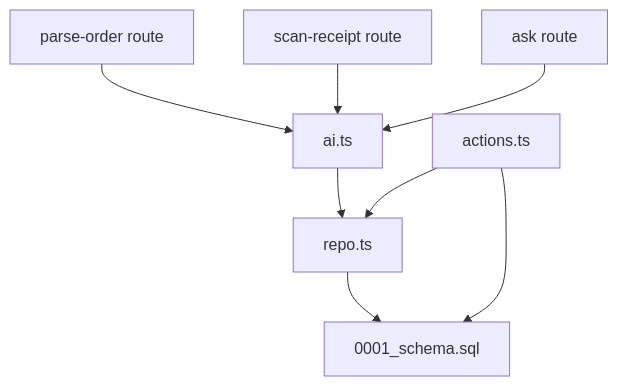
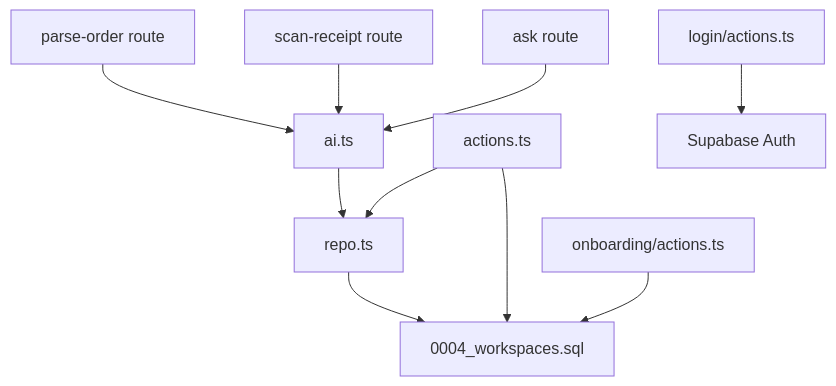
The eighth of 8 diagrams in .qoder/repowiki/en/content/API Reference/API Reference.md (aarz24/Laris_HackathonGTNIC2026), drawn with Mermaid before and after one commit. The commit also changed other lines of this file and 58 other files, not shown here.

````diff
--- a/.qoder/repowiki/en/content/API Reference/API Reference.md
+++ b/.qoder/repowiki/en/content/API Reference/API Reference.md
@@ -481,10 +628,12 @@
 ```mermaid
 graph TB
 ParseOrder["parse-order route"] --> AiLib["ai.ts"]
 ScanReceipt["scan-receipt route"] --> AiLib
 Ask["ask route"] --> AiLib
 AiLib --> Repo["repo.ts"]
-Repo --> DB["0001_schema.sql"]
+Repo --> DB["0004_workspaces.sql"]
 Actions["actions.ts"] --> Repo
 Actions --> DB
+Onboarding["onboarding/actions.ts"] --> DB
+Login["login/actions.ts"] --> Supabase["Supabase Auth"]
 ```
````
